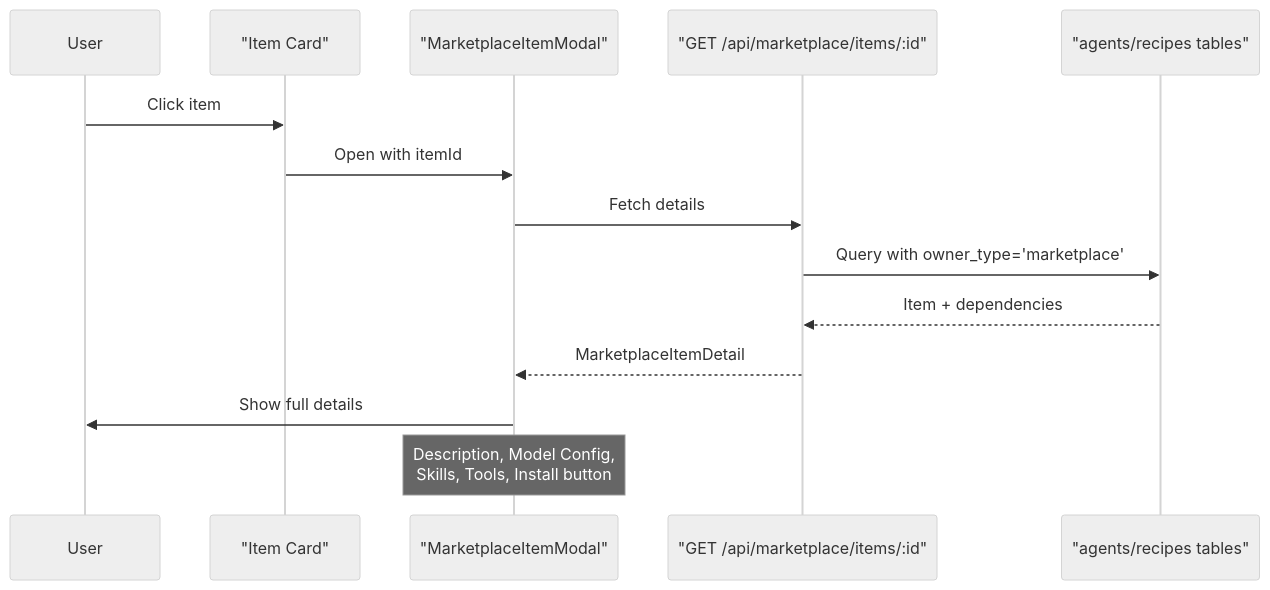
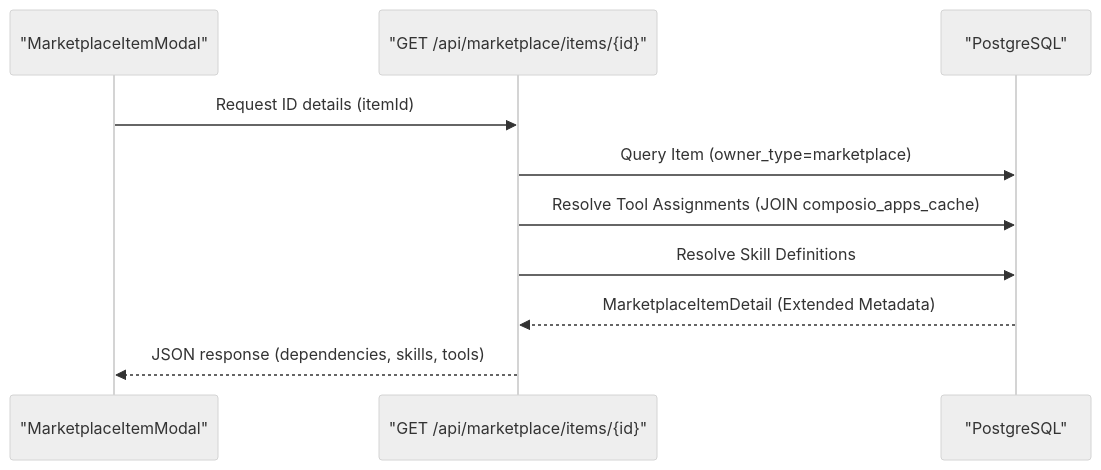
Before and after one commit to AutomatosAI/automatos-ai: the second of 3 diagrams in docs/community-marketplace/browsing-installing-items.md, drawn with Mermaid (neutral theme). The commit also changed other lines of this file and 149 other files, not shown here.

Commit message:
docs: refresh documentation with graphify semantic scan

````diff
--- a/docs/community-marketplace/browsing-installing-items.md
+++ b/docs/community-marketplace/browsing-installing-items.md
@@ -347,18 +129,13 @@
 ```mermaid
 sequenceDiagram
-    participant User
-    participant Card as "Item Card"
-    participant Modal as "MarketplaceItemModal"
-    participant API as "GET /api/marketplace/items/:id"
-    participant DB as "agents/recipes tables"
+    participant UI as "MarketplaceItemModal"
+    participant API as "GET /api/marketplace/items/{id}"
+    participant DB as "PostgreSQL"
     
-    User->>Card: Click item
-    Card->>Modal: Open with itemId
-    Modal->>API: Fetch details
-    API->>DB: Query with owner_type='marketplace'
-    DB-->>API: Item + dependencies
-    API-->>Modal: MarketplaceItemDetail
-    Modal->>User: Show full details
-    
-    Note over Modal: Description, Model Config,<br/>Skills, Tools, Install button
+    UI->>API: Request ID details (itemId)
+    API->>DB: Query Item (owner_type=marketplace)
+    API->>DB: Resolve Tool Assignments (JOIN composio_apps_cache)
+    API->>DB: Resolve Skill Definitions
+    DB-->>API: MarketplaceItemDetail (Extended Metadata)
+    API-->>UI: JSON response (dependencies, skills, tools)
 ```
````
